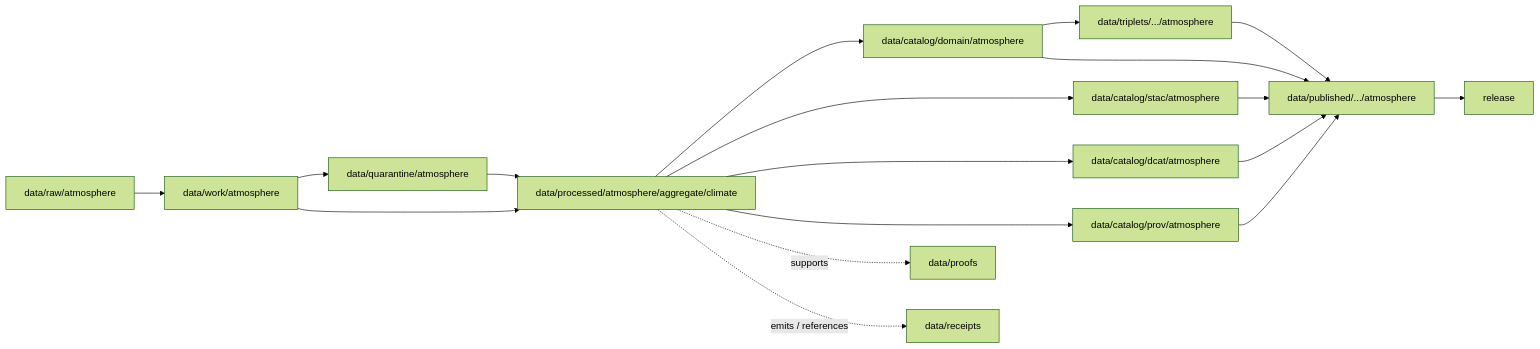
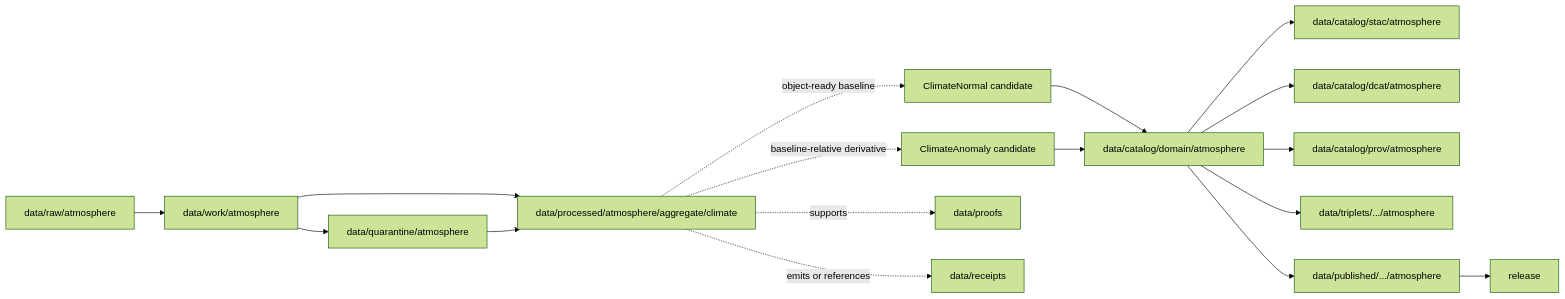
The diagram in data/processed/atmosphere/aggregate/climate/README.md (bartytime4life/Kansas-Frontier-Matrix), drawn with Mermaid (forest theme) before and after one commit. The commit also changed other lines of this file, not shown here.

Commit message:
Modernize aggregate climate processed README

````diff
--- a/data/processed/atmosphere/aggregate/climate/README.md
+++ b/data/processed/atmosphere/aggregate/climate/README.md
@@ -93,20 +116,19 @@
 ```mermaid
 flowchart LR
   RAW[data/raw/atmosphere] --> WORK[data/work/atmosphere]
   WORK --> QUAR[data/quarantine/atmosphere]
   WORK --> PROC[data/processed/atmosphere/aggregate/climate]
   QUAR --> PROC
-  PROC --> CAT[data/catalog/domain/atmosphere]
-  PROC --> STAC[data/catalog/stac/atmosphere]
-  PROC --> DCAT[data/catalog/dcat/atmosphere]
-  PROC --> PROV[data/catalog/prov/atmosphere]
+  PROC -. object-ready baseline .-> NORMAL[ClimateNormal candidate]
+  PROC -. baseline-relative derivative .-> ANOM[ClimateAnomaly candidate]
+  NORMAL --> CAT[data/catalog/domain/atmosphere]
+  ANOM --> CAT
   PROC -. supports .-> PROOF[data/proofs]
-  PROC -. emits / references .-> RECEIPT[data/receipts]
+  PROC -. emits or references .-> RECEIPT[data/receipts]
+  CAT --> STAC[data/catalog/stac/atmosphere]
+  CAT --> DCAT[data/catalog/dcat/atmosphere]
+  CAT --> PROV[data/catalog/prov/atmosphere]
   CAT --> TRIP[data/triplets/.../atmosphere]
   CAT --> PUB[data/published/.../atmosphere]
-  STAC --> PUB
-  DCAT --> PUB
-  PROV --> PUB
-  TRIP --> PUB
   PUB --> REL[release]
 ```
````
